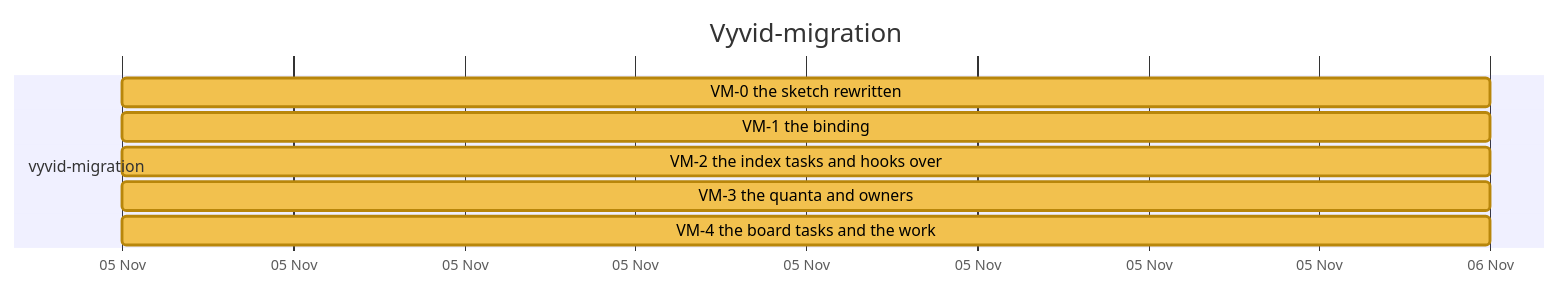
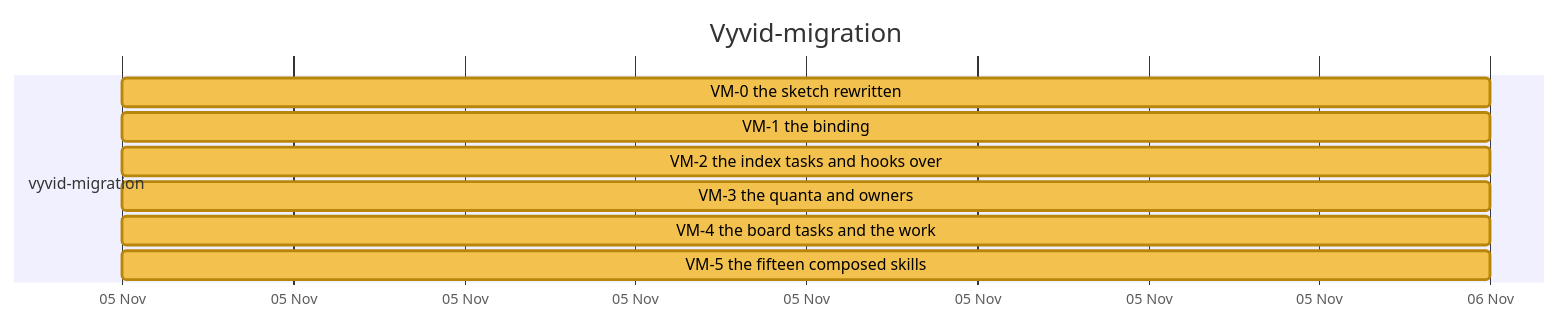
One commit to nebularis/lattice changed diagram 14 of 26 in docs/developer/ROADMAP.md. Above: the diagram before and after it, drawn with Mermaid. The commit also changed other lines of this file and 67 other files, not shown here.

First line of the commit message:
VM-5 built: fifteen skills composed by vyd, every old line homed, the citations renamed and the register pointers re-pointed

````diff
--- a/docs/developer/ROADMAP.md
+++ b/docs/developer/ROADMAP.md
@@ -416,13 +416,14 @@
 ```mermaid
 %%{init: {"themeVariables": {"taskBkgColor": "#f2c14e", "taskBorderColor": "#b8860b", "taskTextColor": "#000000", "activeTaskBkgColor": "#4e9af1", "activeTaskBorderColor": "#1f5fbf", "activeTaskBorderColor": "#1f5fbf", "doneTaskBkgColor": "#8fcf8f", "doneTaskBorderColor": "#2f7d32", "critBkgColor": "#f28b82", "critBorderColor": "#b23a30", "taskTextDarkColor": "#000000", "taskTextLightColor": "#000000"}}}%%
 gantt
     title Vyvid-migration
     dateFormat YYYY-MM-DD
     axisFormat %d %b
     section vyvid-migration
     VM-0 the sketch rewritten :vm0, 2026-11-05, 2026-11-06
     VM-1 the binding :vm1, 2026-11-05, 2026-11-06
     VM-2 the index tasks and hooks over :vm2, 2026-11-05, 2026-11-06
     VM-3 the quanta and owners :vm3, 2026-11-05, 2026-11-06
     VM-4 the board tasks and the work :vm4, 2026-11-05, 2026-11-06
+    VM-5 the fifteen composed skills :vm5, 2026-11-05, 2026-11-06
 ```
````
